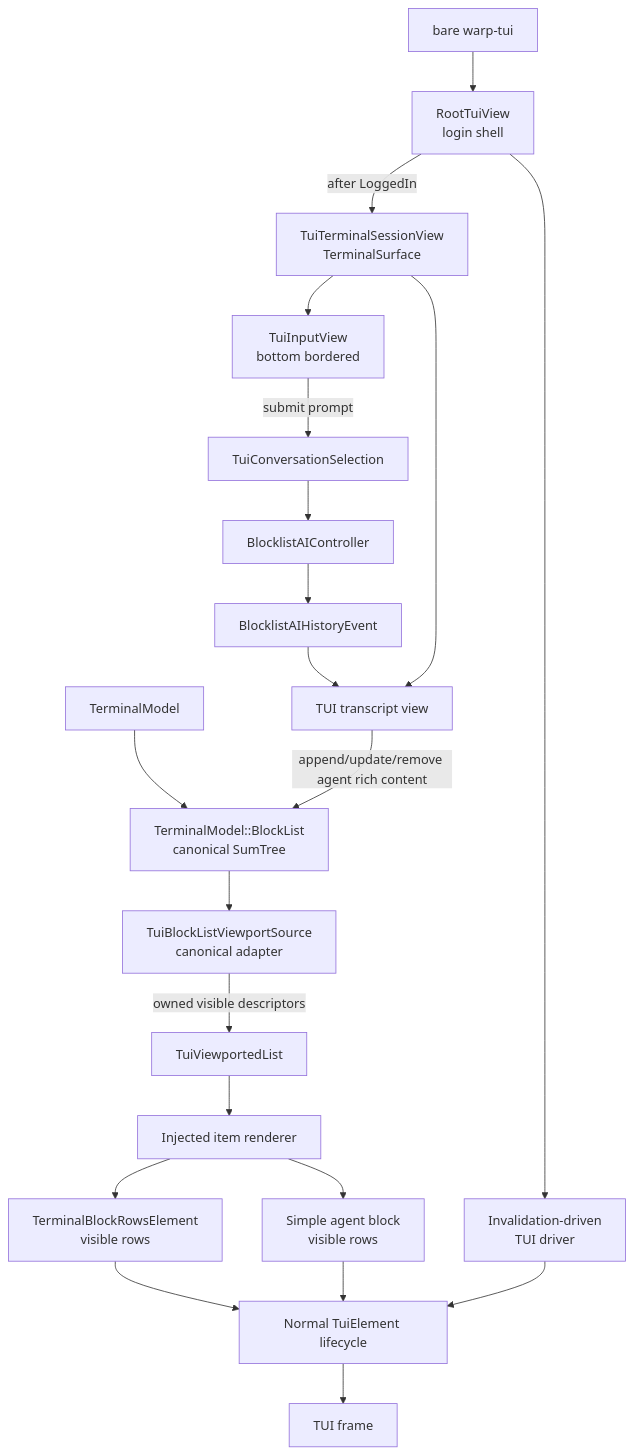
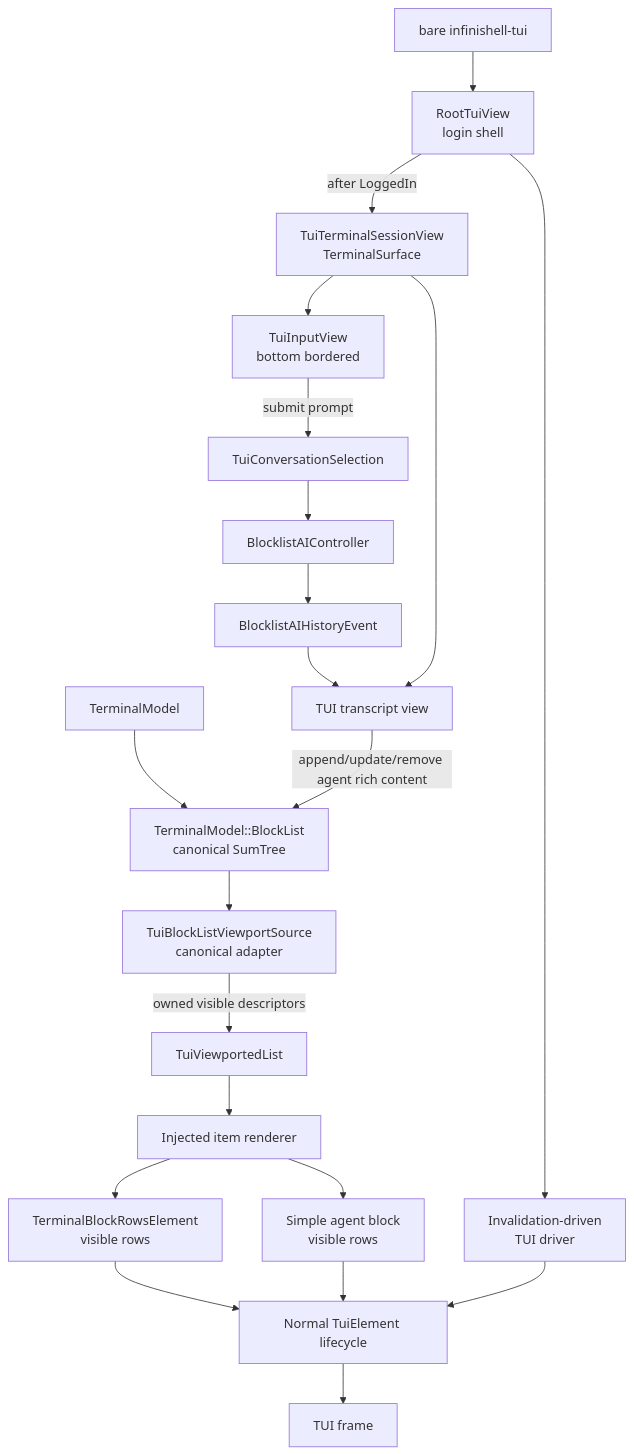
One commit to Infinimesh-ai/InfiniShell-Desktop changed the diagram in specs/tui-transcript-view/TECH.md. Above: the diagram before and after it, drawn with Mermaid. The commit also changed other lines of this file and 86 other files, not shown here.

Commit message:
feat(tui): rename CLI to infinishell-tui

````diff
--- a/specs/tui-transcript-view/TECH.md
+++ b/specs/tui-transcript-view/TECH.md
@@ -129,23 +129,23 @@
 ```mermaid
 flowchart TD
-  Init["bare warp-tui"] --> Root["RootTuiView<br/>login shell"]
+  Init["bare infinishell-tui"] --> Root["RootTuiView<br/>login shell"]
   Root --> Driver["Invalidation-driven<br/>TUI driver"]
   Root -->|after LoggedIn| Session["TuiTerminalSessionView<br/>TerminalSurface"]
   Session --> Input["TuiInputView<br/>bottom bordered"]
   Input -->|submit prompt| Selection["TuiConversationSelection"]
   Selection --> Controller["BlocklistAIController"]
   Controller --> History
   History["BlocklistAIHistoryEvent"] --> Transcript["TUI transcript view"]
   Session --> Transcript
   TerminalModel --> BlockList["TerminalModel::BlockList<br/>canonical SumTree"]
   Transcript -->|append/update/remove agent rich content| BlockList
   BlockList --> Index["TuiBlockListViewportSource<br/>canonical adapter"]
   Index -->|owned visible descriptors| Viewport["TuiViewportedList"]
   Viewport --> Render["Injected item renderer"]
   Render --> Terminal["TerminalBlockRowsElement<br/>visible rows"]
   Render --> Agent["Simple agent block<br/>visible rows"]
   Terminal --> Presenter["Normal TuiElement lifecycle"]
   Agent --> Presenter
   Presenter --> Frame["TUI frame"]
   Driver --> Presenter
 ```
````
